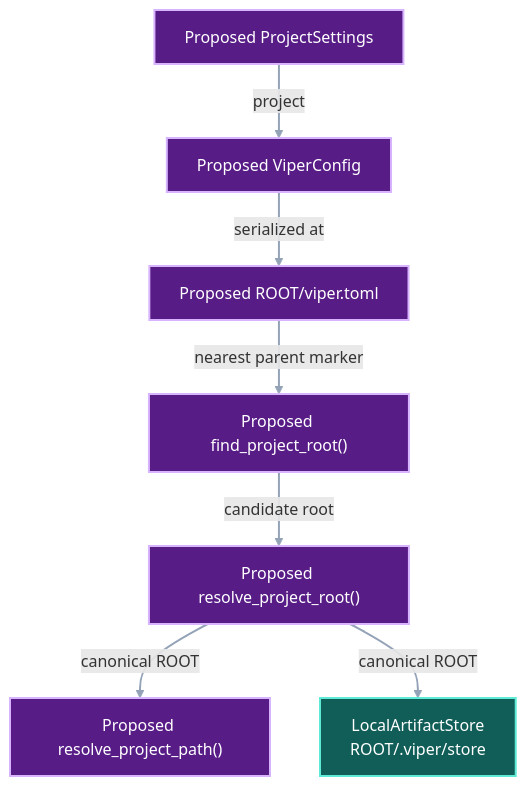
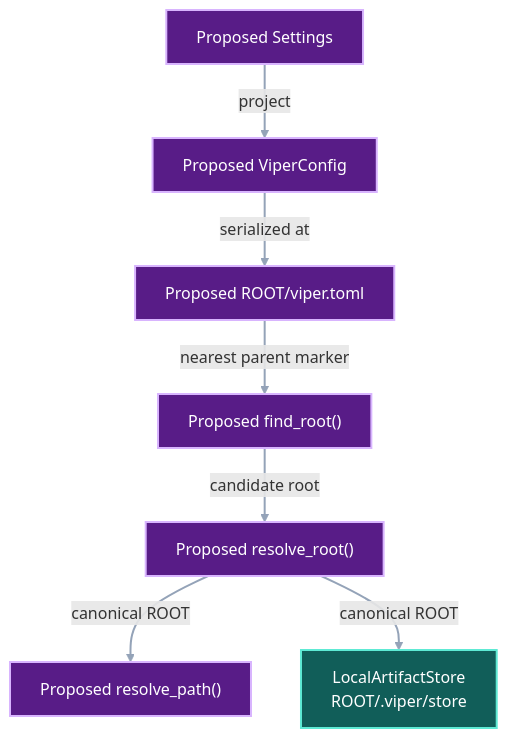
One commit to pvd232/viper changed the second of 3 diagrams in docs/development/project-data-root.md. Above: the diagram before and after it, drawn with Mermaid. The commit also changed other lines of this file and 10 other files, not shown here.

Commit message:
Consolidate project root operations

````diff
--- a/docs/development/project-data-root.md
+++ b/docs/development/project-data-root.md
@@ -129,23 +129,23 @@
 ```mermaid
 flowchart TD
-    Settings["Proposed ProjectSettings"]
+    Settings["Proposed Settings"]
     Config["Proposed ViperConfig"]
     Marker["Proposed ROOT/viper.toml"]
-    Find["Proposed find_project_root()"]
-    Resolve["Proposed resolve_project_root()"]
-    Path["Proposed resolve_project_path()"]
+    Find["Proposed find_root()"]
+    Resolve["Proposed resolve_root()"]
+    Path["Proposed resolve_path()"]
     Store["LocalArtifactStore<br/>ROOT/.viper/store"]
 
     Settings -->|"project"| Config
     Config -->|"serialized at"| Marker
     Marker -->|"nearest parent marker"| Find
     Find -->|"candidate root"| Resolve
     Resolve -->|"canonical ROOT"| Path
     Resolve -->|"canonical ROOT"| Store
 
     class Settings,Config,Marker,Find,Resolve,Path proposed
     class Store retained
     classDef proposed fill:#581c87,stroke:#d8b4fe,color:#ffffff,stroke-width:2px
     classDef retained fill:#115e59,stroke:#5eead4,color:#ffffff,stroke-width:2px
     linkStyle default stroke:#94a3b8,stroke-width:2px
 ```
````
